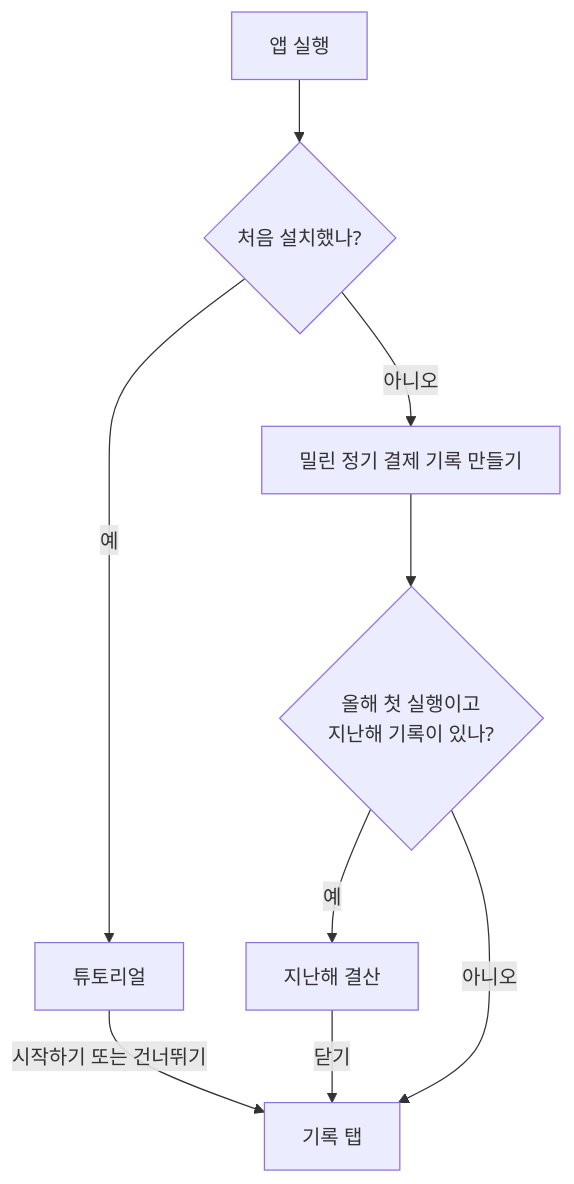
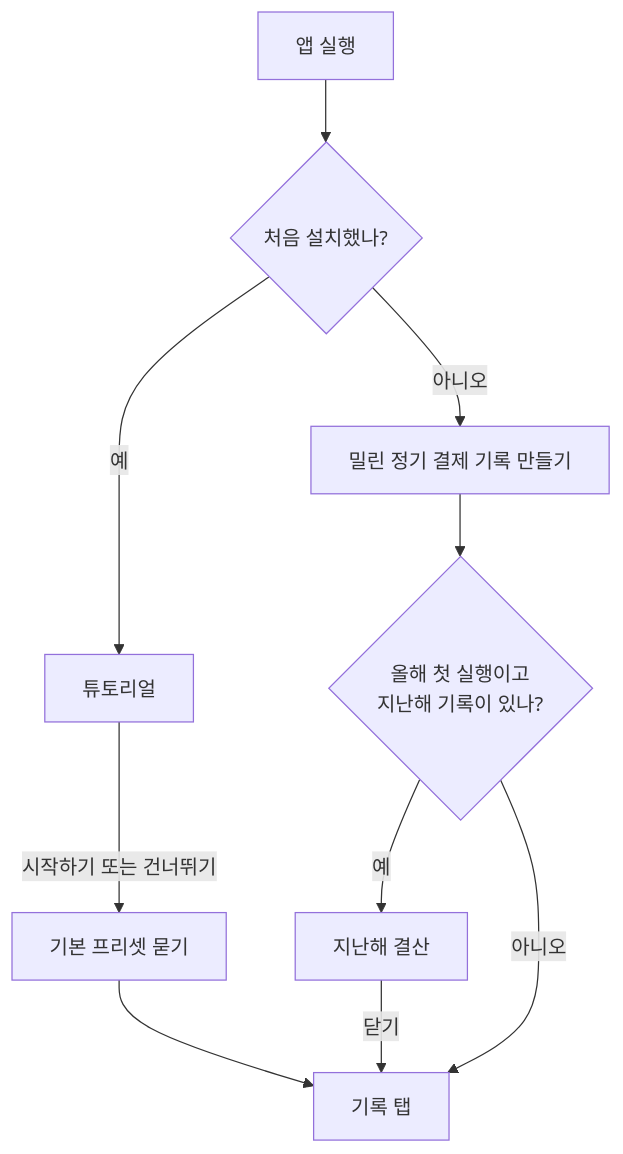
One commit to sansoll/my-favorites changed the first of 2 diagrams in STORYBOARD.md. Above: the diagram before and after it, drawn with Mermaid. The commit also changed other lines of this file and 3 other files, not shown here.

````diff
--- a/STORYBOARD.md
+++ b/STORYBOARD.md
@@ -28,11 +28,12 @@
 ```mermaid
 flowchart TD
     A[앱 실행] --> B{처음 설치했나?}
     B -- 예 --> T[튜토리얼]
-    T -- 시작하기 또는 건너뛰기 --> R[기록 탭]
+    T -- 시작하기 또는 건너뛰기 --> P[기본 프리셋 묻기]
+    P --> R[기록 탭]
     B -- 아니오 --> G[밀린 정기 결제 기록 만들기]
     G --> C{올해 첫 실행이고<br/>지난해 기록이 있나?}
     C -- 예 --> Y[지난해 결산]
     Y -- 닫기 --> R
     C -- 아니오 --> R
 ```
````
